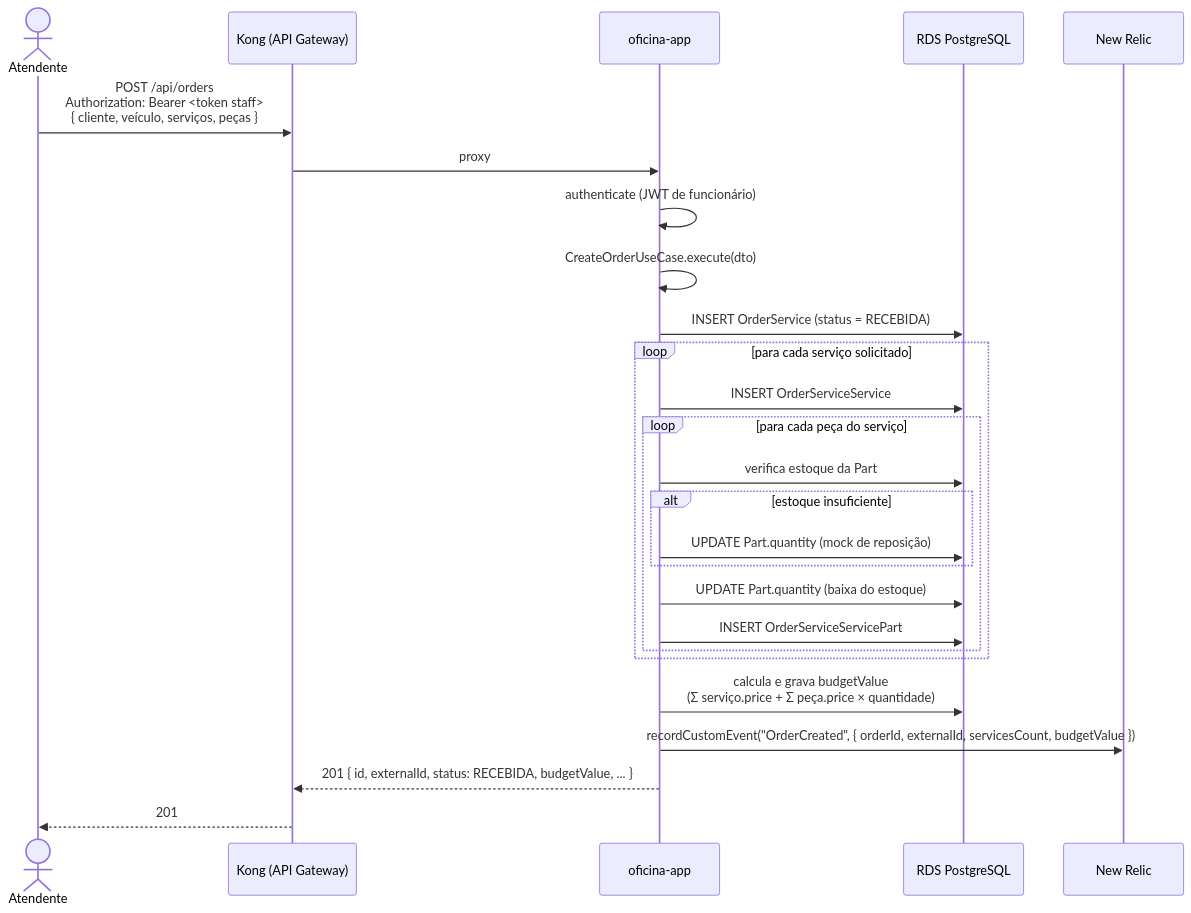
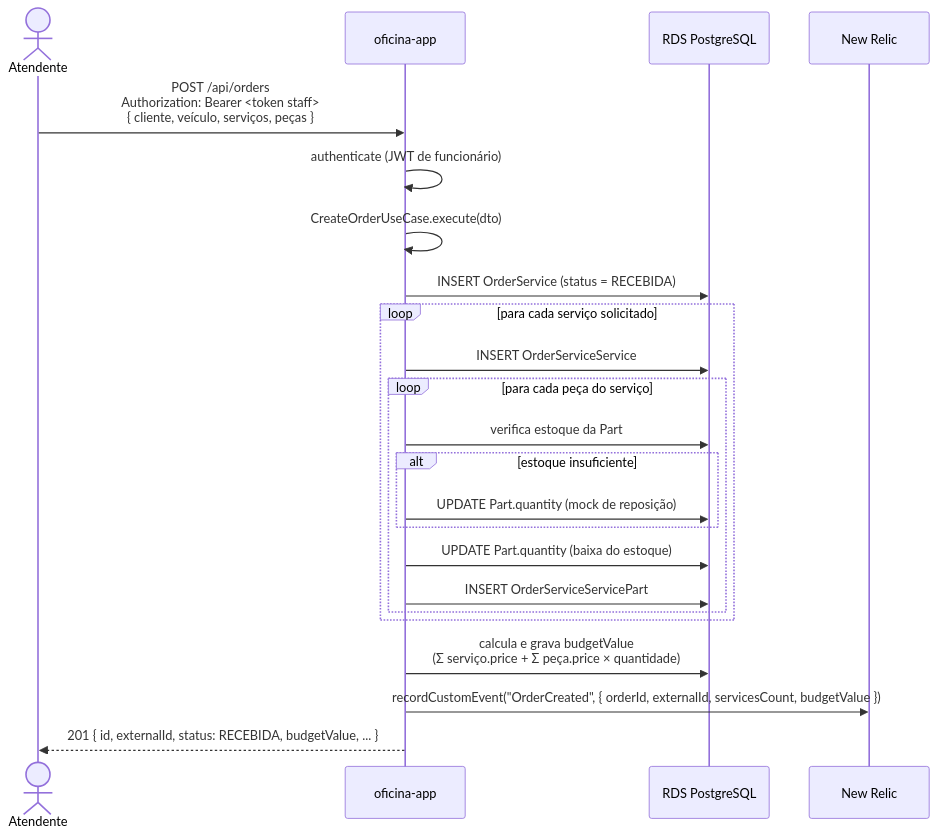
Before and after one commit to arodri19/soat-fiap-oficina-mecanica: the second of 2 diagrams in docs/architecture/diagrama-sequencia.md, drawn with Mermaid. The commit also changed other lines of this file and 6 other files, not shown here.

First line of the commit message:
docs: registra a troca de Kong por AWS API Gateway (ADR 0006)

````diff
--- a/docs/architecture/diagrama-sequencia.md
+++ b/docs/architecture/diagrama-sequencia.md
@@ -45,29 +43,26 @@
 ```mermaid
 sequenceDiagram
     actor Atendente
-    participant Kong as Kong (API Gateway)
     participant App as oficina-app
     participant RDS as RDS PostgreSQL
     participant NR as New Relic
 
-    Atendente ->> Kong: POST /api/orders<br/>Authorization: Bearer <token staff><br/>{ cliente, veículo, serviços, peças }
-    Kong ->> App: proxy
+    Atendente ->> App: POST /api/orders<br/>Authorization: Bearer <token staff><br/>{ cliente, veículo, serviços, peças }
     App ->> App: authenticate (JWT de funcionário)
     App ->> App: CreateOrderUseCase.execute(dto)
     App ->> RDS: INSERT OrderService (status = RECEBIDA)
     loop para cada serviço solicitado
         App ->> RDS: INSERT OrderServiceService
         loop para cada peça do serviço
             App ->> RDS: verifica estoque da Part
             alt estoque insuficiente
                 App ->> RDS: UPDATE Part.quantity (mock de reposição)
             end
             App ->> RDS: UPDATE Part.quantity (baixa do estoque)
             App ->> RDS: INSERT OrderServiceServicePart
         end
     end
     App ->> RDS: calcula e grava budgetValue<br/>(Σ serviço.price + Σ peça.price × quantidade)
     App ->> NR: recordCustomEvent("OrderCreated", { orderId, externalId, servicesCount, budgetValue })
-    App -->> Kong: 201 { id, externalId, status: RECEBIDA, budgetValue, ... }
-    Kong -->> Atendente: 201
+    App -->> Atendente: 201 { id, externalId, status: RECEBIDA, budgetValue, ... }
 ```
````
